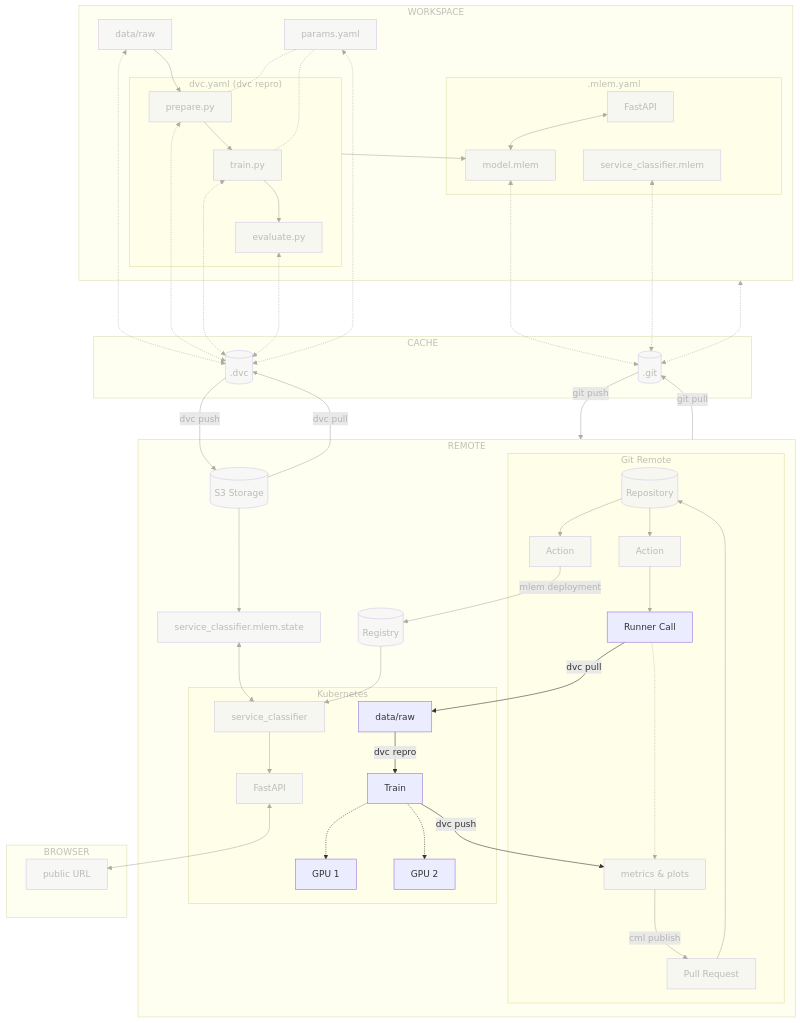
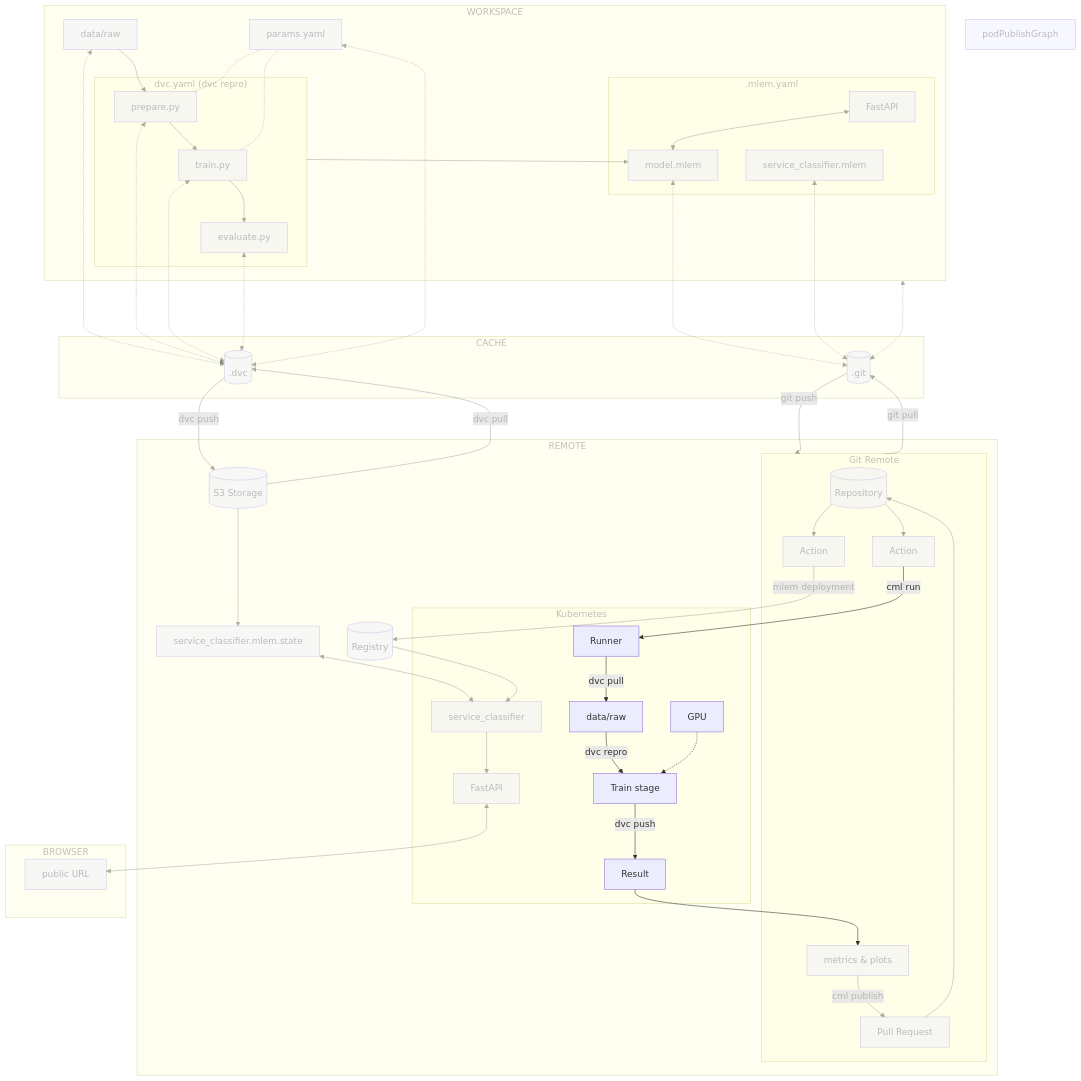
The diagram in docs/part-3-serve-and-deploy-the-model/chapter-15-train-the-model-on-a-kubernetes-pod-with-cml.md (swiss-ai-center/a-guide-to-mlops), drawn with Mermaid before and after one commit.

Commit message:
Improve runner process in k8s graph

````diff
--- a/docs/part-3-serve-and-deploy-the-model/chapter-15-train-the-model-on-a-kubernetes-pod-with-cml.md
+++ b/docs/part-3-serve-and-deploy-the-model/chapter-15-train-the-model-on-a-kubernetes-pod-with-cml.md
@@ -42,22 +42,21 @@
         s3_storage
         subgraph gitGraph[Git Remote]
             repository[(Repository)] --> action[Action]
-            action --> action_runner[Runner Call]
-            action_runner -.-> action_out[metrics & plots]
             action_out[metrics & plots] -->|cml publish| pr[Pull Request]
             pr --> repository
             repository --> action_deploy
         end
         action_deploy[Action] -->|mlem deployment| registry[(Registry)]
         subgraph clusterGraph[Kubernetes]
-           service_mlem_cluster[service_classifier]
-           service_mlem_cluster --> k8s_fastapi[FastAPI]
-           action_data[data/raw] -->|dvc repro| action_train[Train]
-           action_train -.-> k8s_gpu1[GPU 1]
-           action_train -.-> k8s_gpu2[GPU 2]
+            action_runner[Runner] -->|dvc pull| action_data
+            action_data[data/raw] -->|dvc repro| action_train[Train stage]
+            action_train -->|dvc push| action_result[Result]
+            k8s_gpu[GPU] -.-> action_train
+            service_mlem_cluster[service_classifier]
+            service_mlem_cluster --> k8s_fastapi[FastAPI]
         end
-        action_runner -->|dvc pull| action_data
-        action_train -->|dvc push| action_out
+        action -->|cml run| action_runner
+        action_result --> action_out
         s3_storage --> service_mlem_cluster_state[service_classifier.mlem.state]
         service_mlem_cluster_state <--> service_mlem_cluster
         registry --> service_mlem_cluster
@@ -114,6 +113,7 @@
     style mlemGraph opacity:0.4,color:#7f7f7f80
     style service_mlem opacity:0.4,color:#7f7f7f80
     style clusterGraph opacity:0.4,color:#7f7f7f80
+    style podPublishGraph opacity:0.4,color:#7f7f7f80
     style service_mlem_cluster opacity:0.4,color:#7f7f7f80
     style k8s_fastapi opacity:0.4,color:#7f7f7f80
     style browserGraph opacity:0.4,color:#7f7f7f80
@@ -130,9 +130,8 @@
     linkStyle 8 opacity:0.4,color:#7f7f7f80
     linkStyle 9 opacity:0.4,color:#7f7f7f80
     linkStyle 10 opacity:0.4,color:#7f7f7f80
-    linkStyle 11 opacity:0.4,color:#7f7f7f80
-    linkStyle 12 opacity:0.4,color:#7f7f7f80
-    linkStyle 13 opacity:0.4,color:#7f7f7f80
+    linkStyle 15 opacity:0.4,color:#7f7f7f80
+    linkStyle 18 opacity:0.4,color:#7f7f7f80
     linkStyle 19 opacity:0.4,color:#7f7f7f80
     linkStyle 20 opacity:0.4,color:#7f7f7f80
     linkStyle 21 opacity:0.4,color:#7f7f7f80
@@ -149,5 +148,4 @@
     linkStyle 32 opacity:0.4,color:#7f7f7f80
     linkStyle 33 opacity:0.4,color:#7f7f7f80
     linkStyle 34 opacity:0.4,color:#7f7f7f80
-    linkStyle 35 opacity:0.4,color:#7f7f7f80
 ```
````
